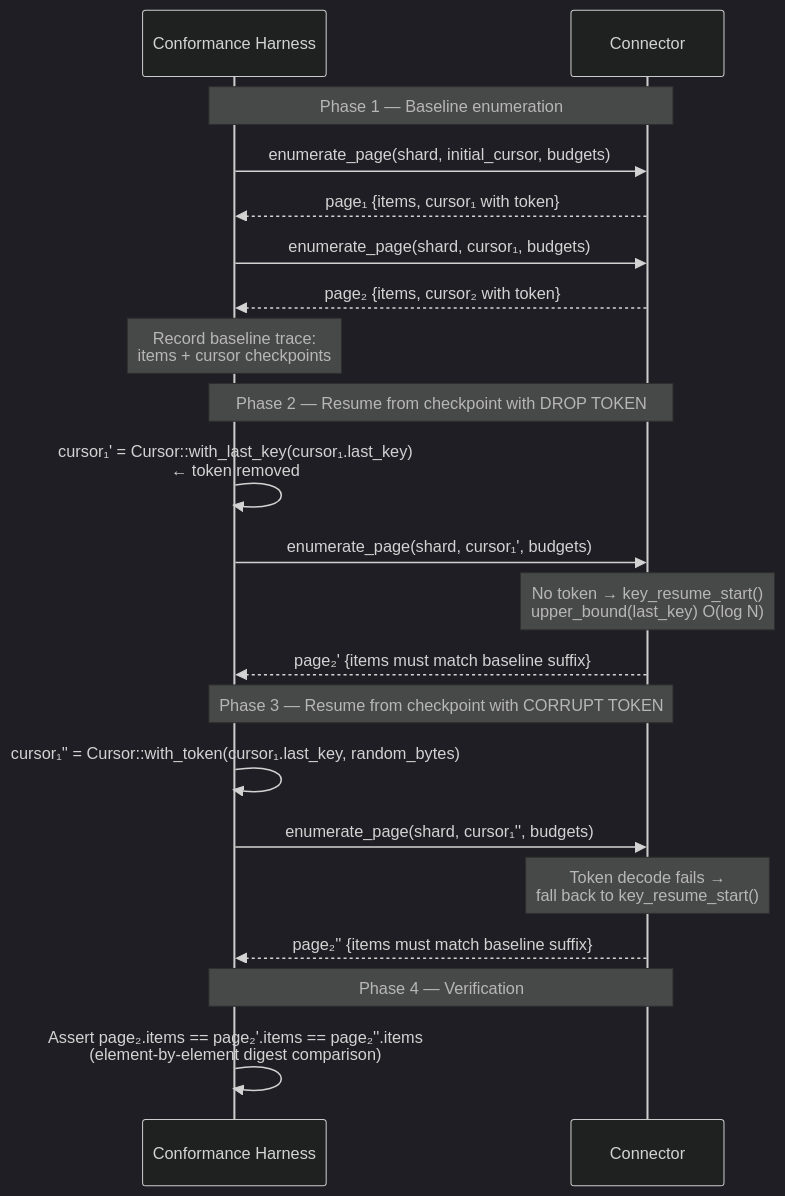
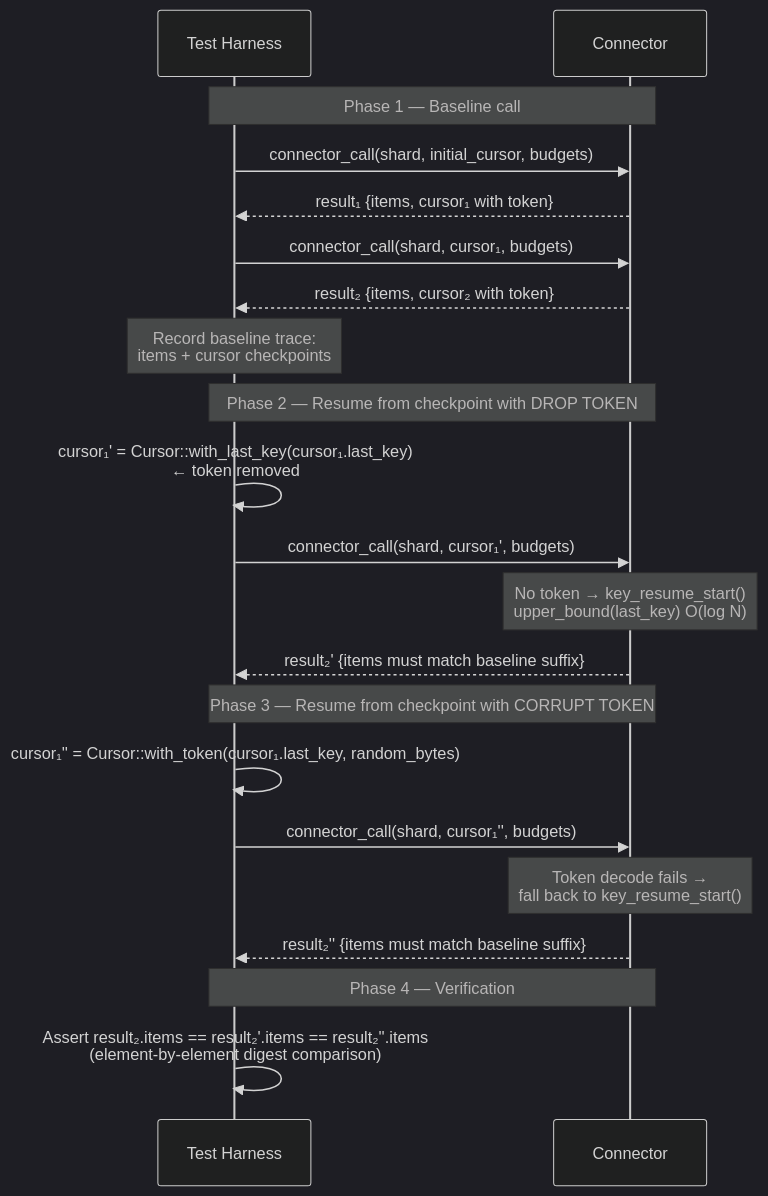
The fourth of 5 diagrams in diagrams/16-cursor-resume-strategy.md (ahrav/Gossip-rs), drawn with Mermaid (dark theme) before and after one commit. The commit also changed other lines of this file and 25 other files, not shown here.

First line of the commit message:
Remove conformance harness and page validation from connector contracts

````diff
--- a/diagrams/16-cursor-resume-strategy.md
+++ b/diagrams/16-cursor-resume-strategy.md
@@ -254,31 +254,31 @@
 ```mermaid
 %% Diagram: token-resilience-model
 sequenceDiagram
-    participant H as Conformance Harness
+    participant H as Test Harness
     participant C as Connector
 
-    Note over H,C: Phase 1 — Baseline enumeration
+    Note over H,C: Phase 1 — Baseline call
 
-    H->>C: enumerate_page(shard, initial_cursor, budgets)
-    C-->>H: page₁ {items, cursor₁ with token}
-    H->>C: enumerate_page(shard, cursor₁, budgets)
-    C-->>H: page₂ {items, cursor₂ with token}
+    H->>C: connector_call(shard, initial_cursor, budgets)
+    C-->>H: result₁ {items, cursor₁ with token}
+    H->>C: connector_call(shard, cursor₁, budgets)
+    C-->>H: result₂ {items, cursor₂ with token}
     Note over H: Record baseline trace:<br/>items + cursor checkpoints
 
     Note over H,C: Phase 2 — Resume from checkpoint with DROP TOKEN
 
     H->>H: cursor₁' = Cursor::with_last_key(cursor₁.last_key)<br/>← token removed
-    H->>C: enumerate_page(shard, cursor₁', budgets)
+    H->>C: connector_call(shard, cursor₁', budgets)
     Note over C: No token → key_resume_start()<br/>upper_bound(last_key) O(log N)
-    C-->>H: page₂' {items must match baseline suffix}
+    C-->>H: result₂' {items must match baseline suffix}
 
     Note over H,C: Phase 3 — Resume from checkpoint with CORRUPT TOKEN
 
     H->>H: cursor₁'' = Cursor::with_token(cursor₁.last_key, random_bytes)
-    H->>C: enumerate_page(shard, cursor₁'', budgets)
+    H->>C: connector_call(shard, cursor₁'', budgets)
     Note over C: Token decode fails →<br/>fall back to key_resume_start()
-    C-->>H: page₂'' {items must match baseline suffix}
+    C-->>H: result₂'' {items must match baseline suffix}
 
     Note over H,C: Phase 4 — Verification
-    H->>H: Assert page₂.items == page₂'.items == page₂''.items<br/>(element-by-element digest comparison)
+    H->>H: Assert result₂.items == result₂'.items == result₂''.items<br/>(element-by-element digest comparison)
 ```
````
